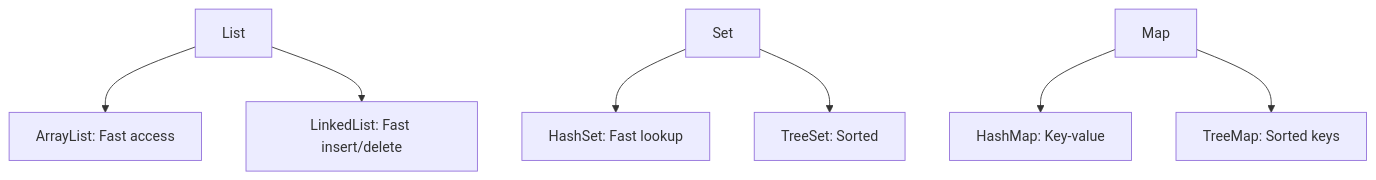
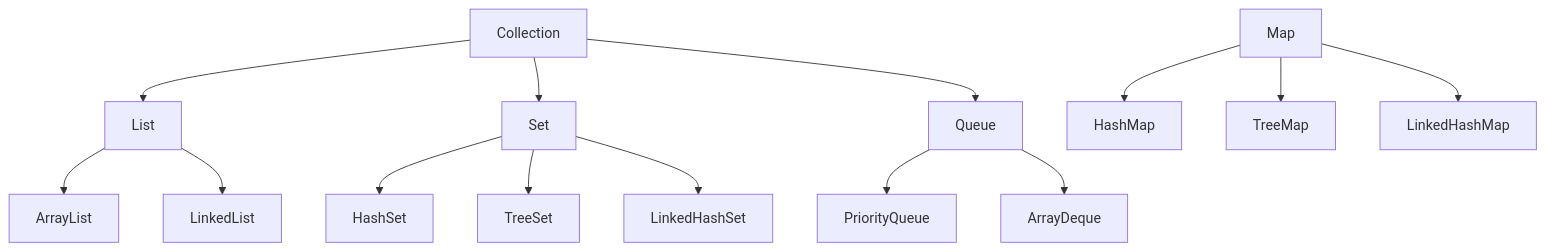
The second of 2 diagrams in collections-and-data-structures/README.md (VrushankPatel/interview-matters), drawn with Mermaid before and after one commit. The commit also changed other lines of this file and 5 other files, not shown here.

````diff
--- a/collections-and-data-structures/README.md
+++ b/collections-and-data-structures/README.md
@@ -67,9 +143,16 @@
 ```mermaid
 graph TD
-    A[List] --> B[ArrayList: Fast access]
-    A --> C[LinkedList: Fast insert/delete]
-    D[Set] --> E[HashSet: Fast lookup]
-    D --> F[TreeSet: Sorted]
-    G[Map] --> H[HashMap: Key-value]
-    G --> I[TreeMap: Sorted keys]
+    A[Collection] --> B[List]
+    A --> C[Set]
+    A --> D[Queue]
+    B --> E[ArrayList]
+    B --> F[LinkedList]
+    C --> G[HashSet]
+    C --> H[TreeSet]
+    C --> I[LinkedHashSet]
+    D --> J[PriorityQueue]
+    D --> K[ArrayDeque]
+    L[Map] --> M[HashMap]
+    L --> N[TreeMap]
+    L --> O[LinkedHashMap]
 ```
````
